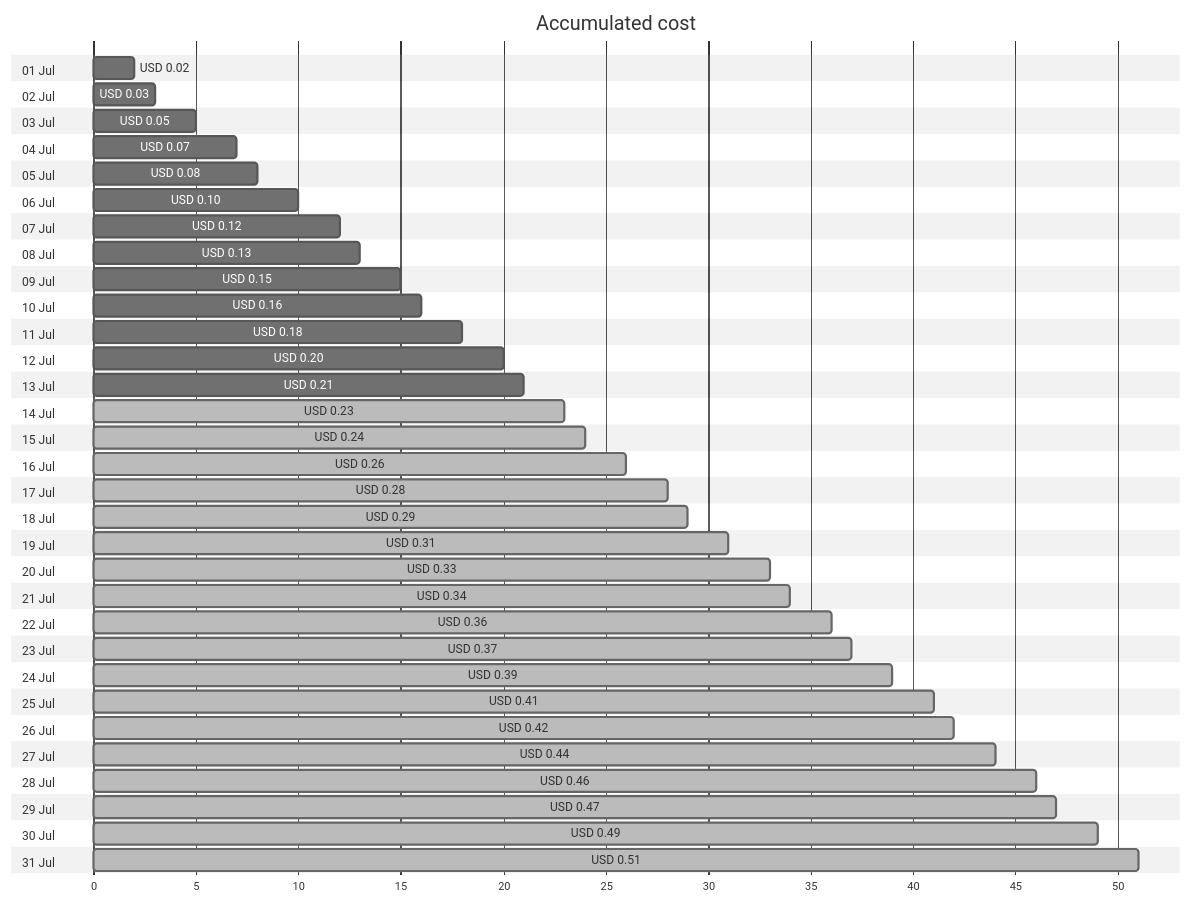
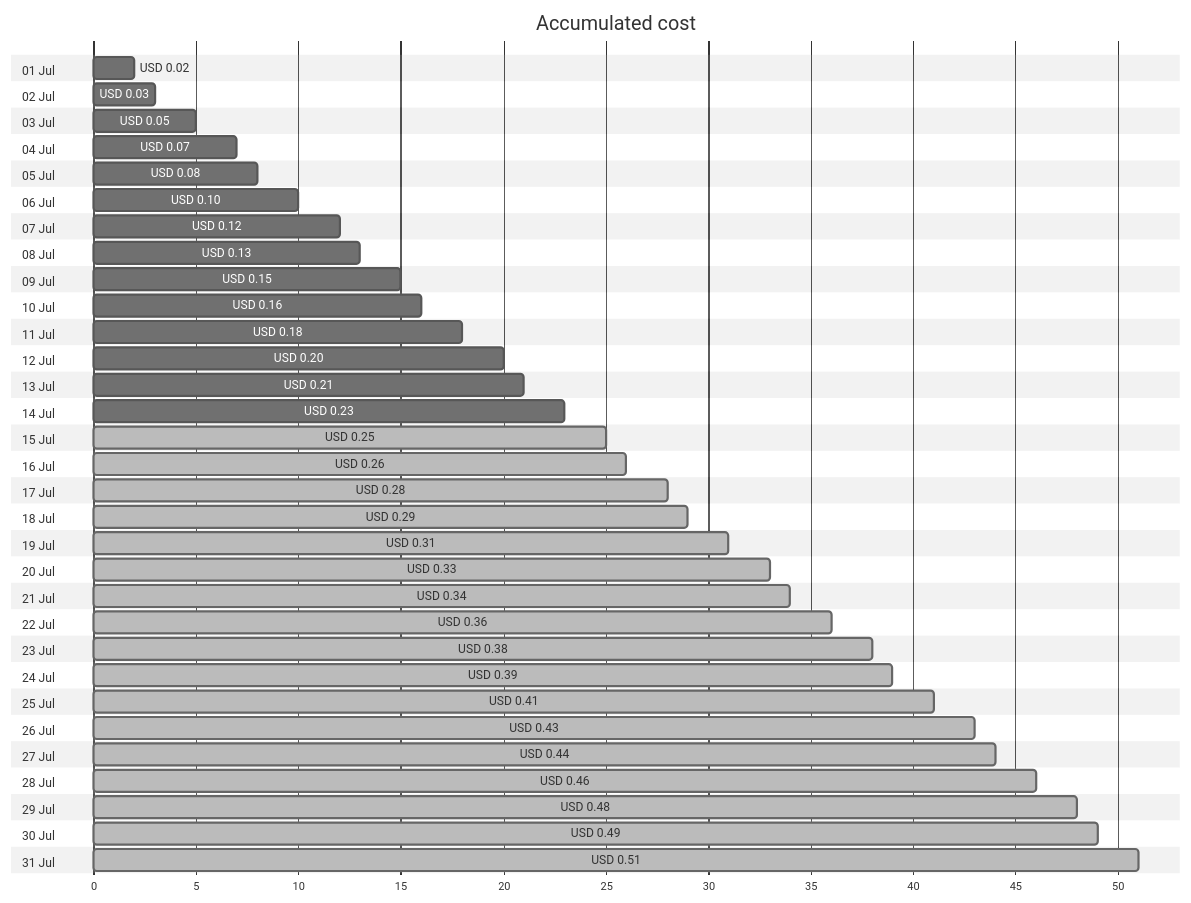
One commit to jpfulton/azure-personal-reports changed the first of 4 diagrams in cost-reports/personal-dns/jpatrickfulton.com.md. Above: the diagram before and after it, drawn with Mermaid (neutral theme). The commit also changed other lines of this file and 2 other files, not shown here.

````diff
--- a/cost-reports/personal-dns/jpatrickfulton.com.md
+++ b/cost-reports/personal-dns/jpatrickfulton.com.md
@@ -20,68 +20,68 @@
 ```mermaid
 gantt
    title Accumulated cost
    dateFormat  X
    axisFormat %s
    section 01 Jul
    USD 0.02 :0, 2
    section 02 Jul
    USD 0.03 :0, 3
    section 03 Jul
    USD 0.05 :0, 5
    section 04 Jul
    USD 0.07 :0, 7
    section 05 Jul
    USD 0.08 :0, 8
    section 06 Jul
    USD 0.10 :0, 10
    section 07 Jul
    USD 0.12 :0, 12
    section 08 Jul
    USD 0.13 :0, 13
    section 09 Jul
    USD 0.15 :0, 15
    section 10 Jul
    USD 0.16 :0, 16
    section 11 Jul
    USD 0.18 :0, 18
    section 12 Jul
    USD 0.20 :0, 20
    section 13 Jul
    USD 0.21 :0, 21
    section 14 Jul
-   USD 0.23 : done, 0, 23
+   USD 0.23 :0, 23
    section 15 Jul
-   USD 0.24 : done, 0, 24
+   USD 0.25 : done, 0, 25
    section 16 Jul
    USD 0.26 : done, 0, 26
    section 17 Jul
    USD 0.28 : done, 0, 28
    section 18 Jul
    USD 0.29 : done, 0, 29
    section 19 Jul
    USD 0.31 : done, 0, 31
    section 20 Jul
    USD 0.33 : done, 0, 33
    section 21 Jul
    USD 0.34 : done, 0, 34
    section 22 Jul
    USD 0.36 : done, 0, 36
    section 23 Jul
-   USD 0.37 : done, 0, 37
+   USD 0.38 : done, 0, 38
    section 24 Jul
    USD 0.39 : done, 0, 39
    section 25 Jul
    USD 0.41 : done, 0, 41
    section 26 Jul
-   USD 0.42 : done, 0, 42
+   USD 0.43 : done, 0, 43
    section 27 Jul
    USD 0.44 : done, 0, 44
    section 28 Jul
    USD 0.46 : done, 0, 46
    section 29 Jul
-   USD 0.47 : done, 0, 47
+   USD 0.48 : done, 0, 48
    section 30 Jul
    USD 0.49 : done, 0, 49
    section 31 Jul
    USD 0.51 : done, 0, 51
 ```
````
